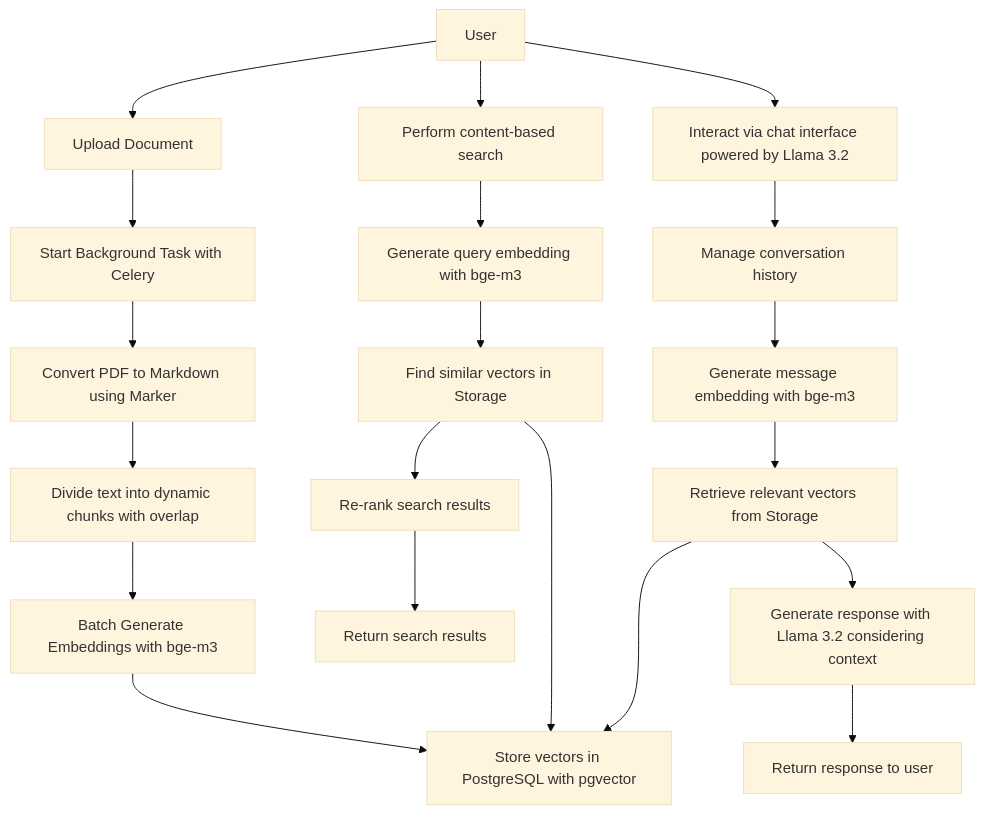
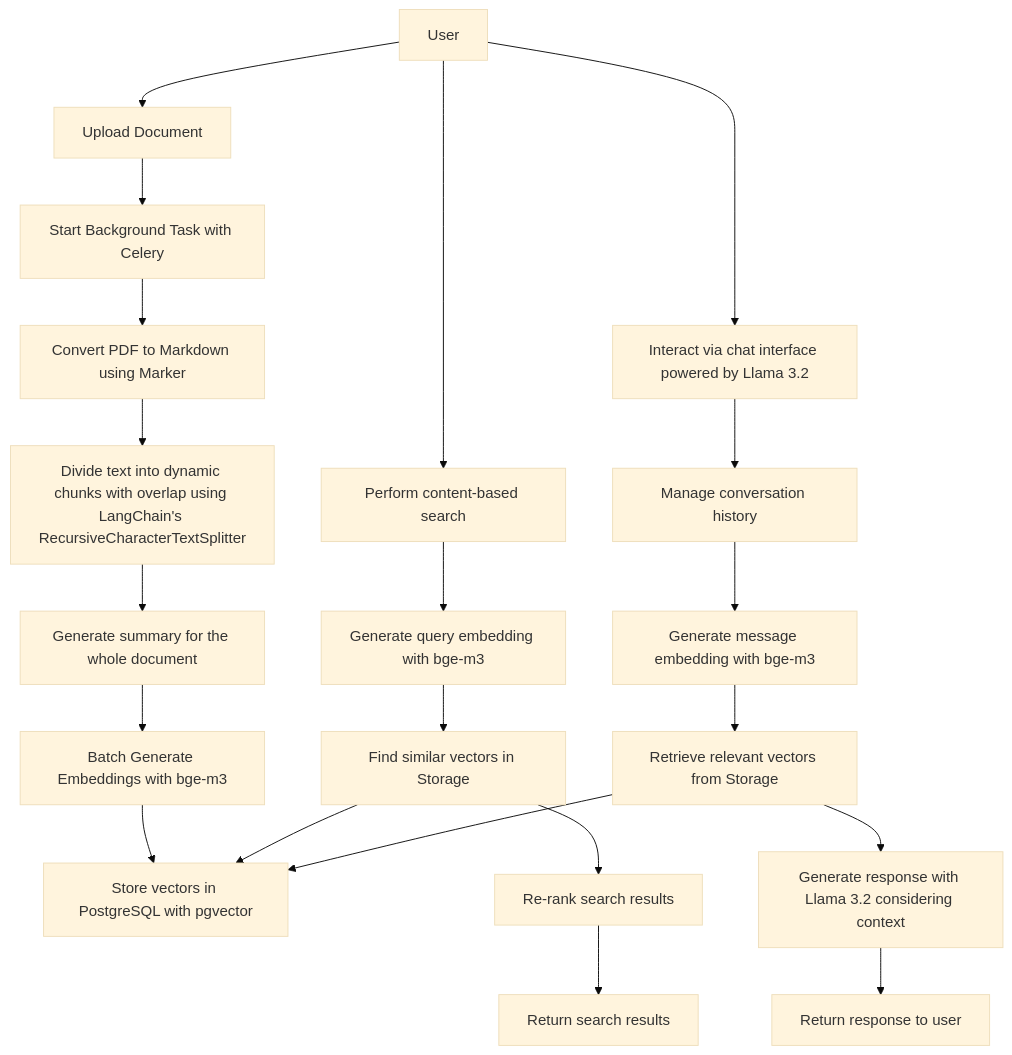
One commit to mjcarnaje/catsight.ai changed the diagram in README.md. Above: the diagram before and after it, drawn with Mermaid (base theme). The commit also changed 1 other file, not shown here.

Commit message:
refactor: update text processing in extractor and enhance README flow
- Replaced custom text chunking logic with LangChain's RecursiveCharacterTextSplitter for improved text processing.
- Updated README to reflect changes in the document processing flow, including the addition of a summary generation step.
- Enhanced clarity in the flowchart by specifying the use of LangChain for chunking and summarization.

````diff
--- a/README.md
+++ b/README.md
@@ -72,24 +72,25 @@
 ```mermaid
 flowchart TB
     User --> Upload[Upload Document]
     Upload --> Check[Start Background Task with Celery]
     Check --> TextConversion[Convert PDF to Markdown using Marker]
-    TextConversion --> Chunking[Divide text into dynamic chunks with overlap]
-    Chunking --> EmbeddingBatch[Batch Generate Embeddings with bge-m3]
+    TextConversion --> Chunking[Divide text into dynamic chunks with overlap using LangChain's RecursiveCharacterTextSplitter]
+    Chunking --> DocumentSummary[Generate summary for the whole document]
+    DocumentSummary --> EmbeddingBatch[Batch Generate Embeddings with bge-m3]
     EmbeddingBatch --> Storage[Store vectors in PostgreSQL with pgvector]
 
     User --> Search[Perform content-based search]
     Search --> QueryEmbedding[Generate query embedding with bge-m3]
     QueryEmbedding --> SimilaritySearch[Find similar vectors in Storage]
     SimilaritySearch --> Storage
     SimilaritySearch --> ReRank[Re-rank search results]
     ReRank --> SearchResults[Return search results]
 
     User --> Chat[Interact via chat interface powered by Llama 3.2]
     Chat --> ChatHistory[Manage conversation history]
     ChatHistory --> ChatEmbedding[Generate message embedding with bge-m3]
     ChatEmbedding --> ContextRetrieval[Retrieve relevant vectors from Storage]
     ContextRetrieval --> Storage
     ContextRetrieval --> ResponseGeneration[Generate response with Llama 3.2 considering context]
     ResponseGeneration --> ChatOutput[Return response to user]
 ```
````
